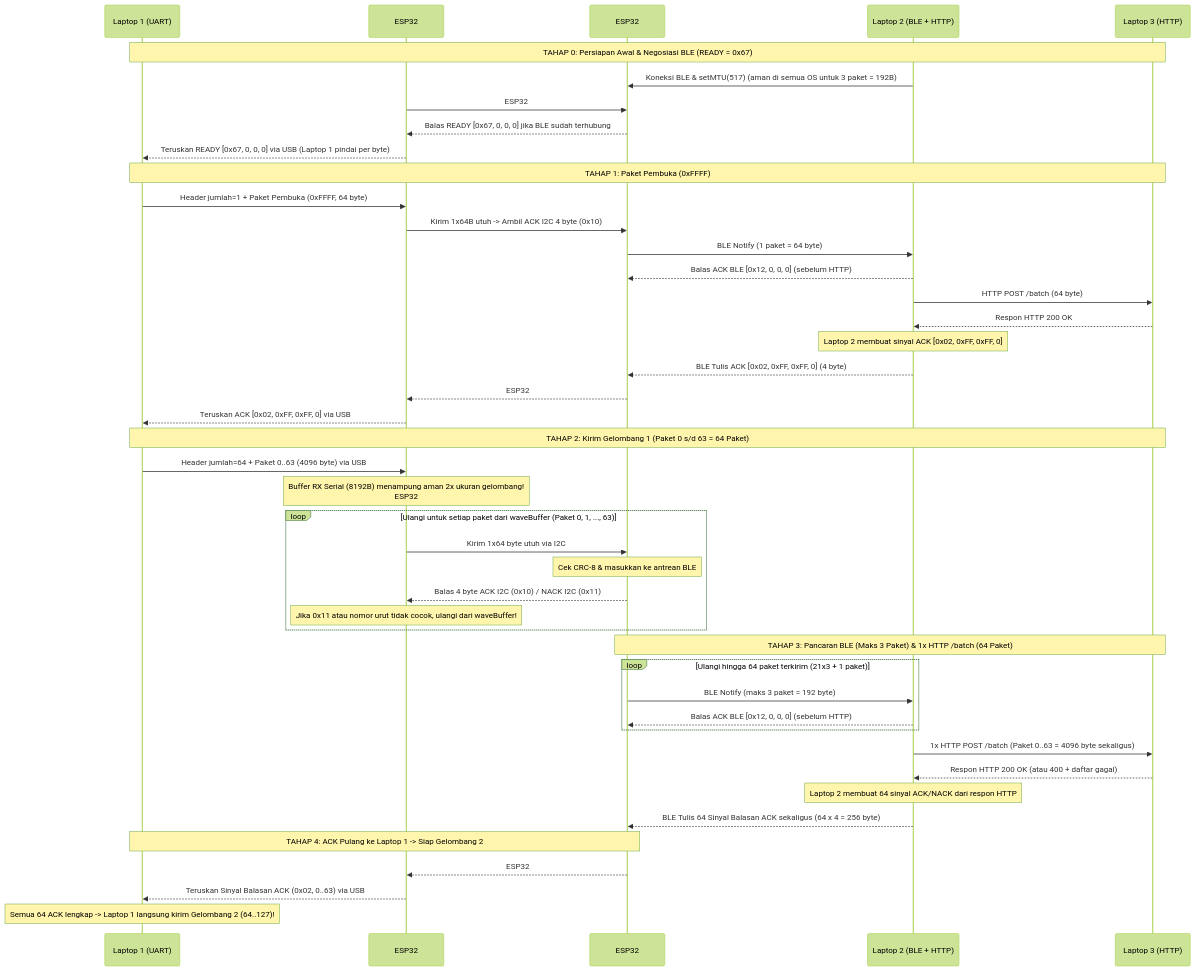
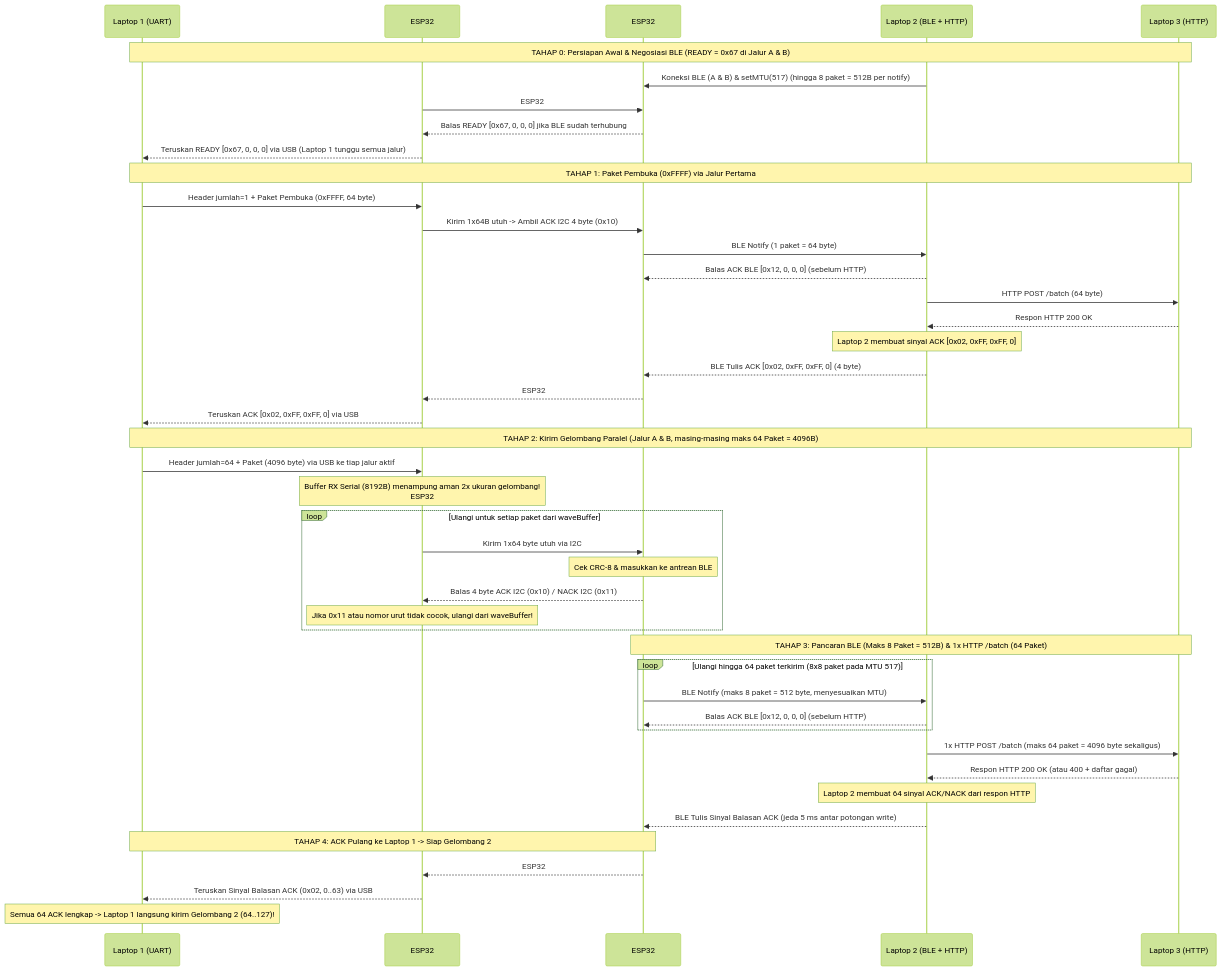
Before and after one commit to Makeugvn/responsi_pjk: the second of 2 diagrams in AGENTS.md, drawn with Mermaid (forest theme). The commit also changed other lines of this file and 5 other files, not shown here.

````diff
--- a/AGENTS.md
+++ b/AGENTS.md
@@ -68,52 +71,52 @@
 ```mermaid
 sequenceDiagram
     participant L1 as Laptop 1 (UART)
     participant ESP1 as ESP32 #1 (UART + I2C)
     participant ESP2 as ESP32 #2 (I2C + BLE)
     participant L2 as Laptop 2 (BLE + HTTP)
     participant L3 as Laptop 3 (HTTP)
 
-    Note over L1,L3: TAHAP 0: Persiapan Awal & Negosiasi BLE (READY = 0x67)
-    L2->>ESP2: Koneksi BLE & setMTU(517) (aman di semua OS untuk 3 paket = 192B)
+    Note over L1,L3: TAHAP 0: Persiapan Awal & Negosiasi BLE (READY = 0x67 di Jalur A & B)
+    L2->>ESP2: Koneksi BLE (A & B) & setMTU(517) (hingga 8 paket = 512B per notify)
     ESP1->>ESP2: ESP32 #1 kirim 0x02 (cek READY) via I2C
     ESP2-->>ESP1: Balas READY [0x67, 0, 0, 0] jika BLE sudah terhubung
-    ESP1-->>L1: Teruskan READY [0x67, 0, 0, 0] via USB (Laptop 1 pindai per byte)
+    ESP1-->>L1: Teruskan READY [0x67, 0, 0, 0] via USB (Laptop 1 tunggu semua jalur)
 
-    Note over L1,L3: TAHAP 1: Paket Pembuka (0xFFFF)
+    Note over L1,L3: TAHAP 1: Paket Pembuka (0xFFFF) via Jalur Pertama
     L1->>ESP1: Header jumlah=1 + Paket Pembuka (0xFFFF, 64 byte)
     ESP1->>ESP2: Kirim 1x64B utuh -> Ambil ACK I2C 4 byte (0x10)
     ESP2->>L2: BLE Notify (1 paket = 64 byte)
     L2-->>ESP2: Balas ACK BLE [0x12, 0, 0, 0] (sebelum HTTP)
     L2->>L3: HTTP POST /batch (64 byte)
     L3-->>L2: Respon HTTP 200 OK
     Note over L2: Laptop 2 membuat sinyal ACK [0x02, 0xFF, 0xFF, 0]
     L2-->>ESP2: BLE Tulis ACK [0x02, 0xFF, 0xFF, 0] (4 byte)
     ESP2-->>ESP1: ESP32 #1 ambil antrean ACK via I2C
     ESP1-->>L1: Teruskan ACK [0x02, 0xFF, 0xFF, 0] via USB
 
-    Note over L1,L3: TAHAP 2: Kirim Gelombang 1 (Paket 0 s/d 63 = 64 Paket)
-    L1->>ESP1: Header jumlah=64 + Paket 0..63 (4096 byte) via USB
+    Note over L1,L3: TAHAP 2: Kirim Gelombang Paralel (Jalur A & B, masing-masing maks 64 Paket = 4096B)
+    L1->>ESP1: Header jumlah=64 + Paket (4096 byte) via USB ke tiap jalur aktif
     Note over ESP1: Buffer RX Serial (8192B) menampung aman 2x ukuran gelombang!<br/>ESP32 #1 pindahkan ke waveBuffer[4096].
 
-    loop Ulangi untuk setiap paket dari waveBuffer (Paket 0, 1, ..., 63)
+    loop Ulangi untuk setiap paket dari waveBuffer
         ESP1->>ESP2: Kirim 1x64 byte utuh via I2C
         Note over ESP2: Cek CRC-8 & masukkan ke antrean BLE
         ESP2-->>ESP1: Balas 4 byte ACK I2C (0x10) / NACK I2C (0x11)
         Note over ESP1: Jika 0x11 atau nomor urut tidak cocok, ulangi dari waveBuffer!
     end
 
-    Note over ESP2,L3: TAHAP 3: Pancaran BLE (Maks 3 Paket) & 1x HTTP /batch (64 Paket)
-    loop Ulangi hingga 64 paket terkirim (21x3 + 1 paket)
-        ESP2->>L2: BLE Notify (maks 3 paket = 192 byte)
+    Note over ESP2,L3: TAHAP 3: Pancaran BLE (Maks 8 Paket = 512B) & 1x HTTP /batch (64 Paket)
+    loop Ulangi hingga 64 paket terkirim (8x8 paket pada MTU 517)
+        ESP2->>L2: BLE Notify (maks 8 paket = 512 byte, menyesuaikan MTU)
         L2-->>ESP2: Balas ACK BLE [0x12, 0, 0, 0] (sebelum HTTP)
     end
-    L2->>L3: 1x HTTP POST /batch (Paket 0..63 = 4096 byte sekaligus)
+    L2->>L3: 1x HTTP POST /batch (maks 64 paket = 4096 byte sekaligus)
     L3-->>L2: Respon HTTP 200 OK (atau 400 + daftar gagal)
     Note over L2: Laptop 2 membuat 64 sinyal ACK/NACK dari respon HTTP
-    L2-->>ESP2: BLE Tulis 64 Sinyal Balasan ACK sekaligus (64 x 4 = 256 byte)
+    L2-->>ESP2: BLE Tulis Sinyal Balasan ACK (jeda 5 ms antar potongan write)
 
     Note over L1,ESP2: TAHAP 4: ACK Pulang ke Laptop 1 -> Siap Gelombang 2
     ESP2-->>ESP1: ESP32 #1 kirim perintah 0x01 lalu ambil antrean ACK (maks 16 sinyal = 64B per ambil)
     ESP1-->>L1: Teruskan Sinyal Balasan ACK (0x02, 0..63) via USB
     Note over L1: Semua 64 ACK lengkap -> Laptop 1 langsung kirim Gelombang 2 (64..127)!
 ```
````
